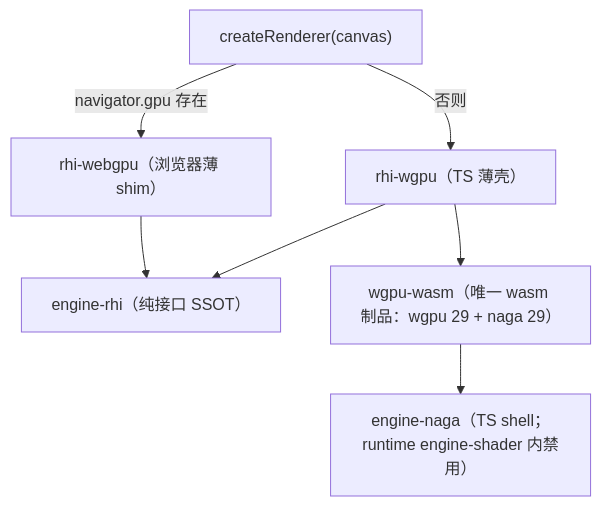
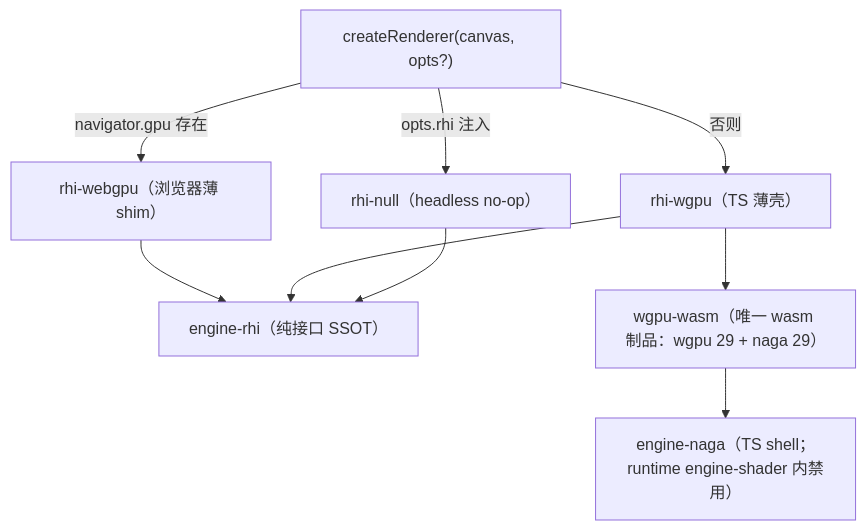
The diagram in packages/engine/skills/forgeax-engine-rhi/SKILL.md (ForgeaX-Games/forgeax-editor), drawn with Mermaid before and after one commit. The commit also changed other lines of this file and 441 other files, not shown here.

````diff
--- a/packages/engine/skills/forgeax-engine-rhi/SKILL.md
+++ b/packages/engine/skills/forgeax-engine-rhi/SKILL.md
@@ -42,9 +42,11 @@
 ```mermaid
 flowchart TD
-  CR["createRenderer(canvas)"] -->|navigator.gpu 存在| WG["rhi-webgpu（浏览器薄 shim）"]
+  CR["createRenderer(canvas, opts?)"] -->|opts.rhi 注入| NULL["rhi-null（headless no-op）"]
+  CR -->|navigator.gpu 存在| WG["rhi-webgpu（浏览器薄 shim）"]
   CR -->|否则| WP["rhi-wgpu（TS 薄壳）"]
   WG --> RHI["engine-rhi（纯接口 SSOT）"]
   WP --> WASM["wgpu-wasm（唯一 wasm 制品：wgpu 29 + naga 29）"]
   WP --> RHI
   WASM --> NAGA["engine-naga（TS shell；runtime engine-shader 内禁用）"]
+  NULL --> RHI
 ```
````
